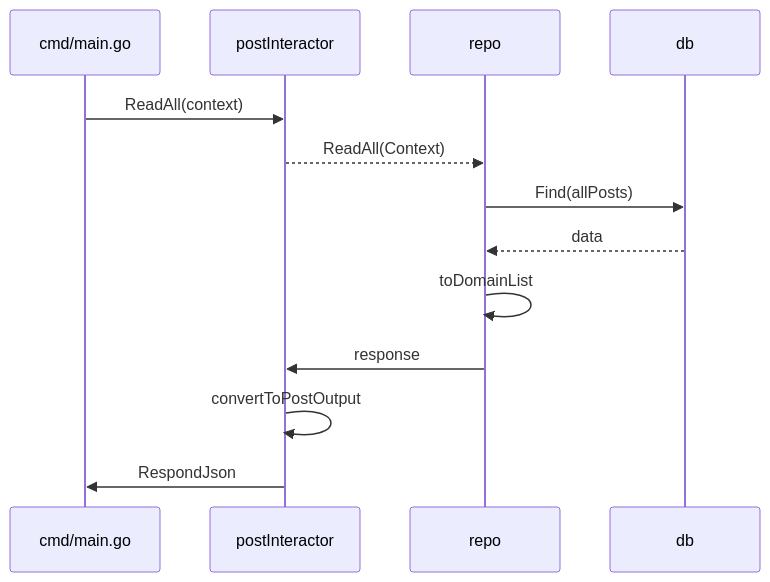
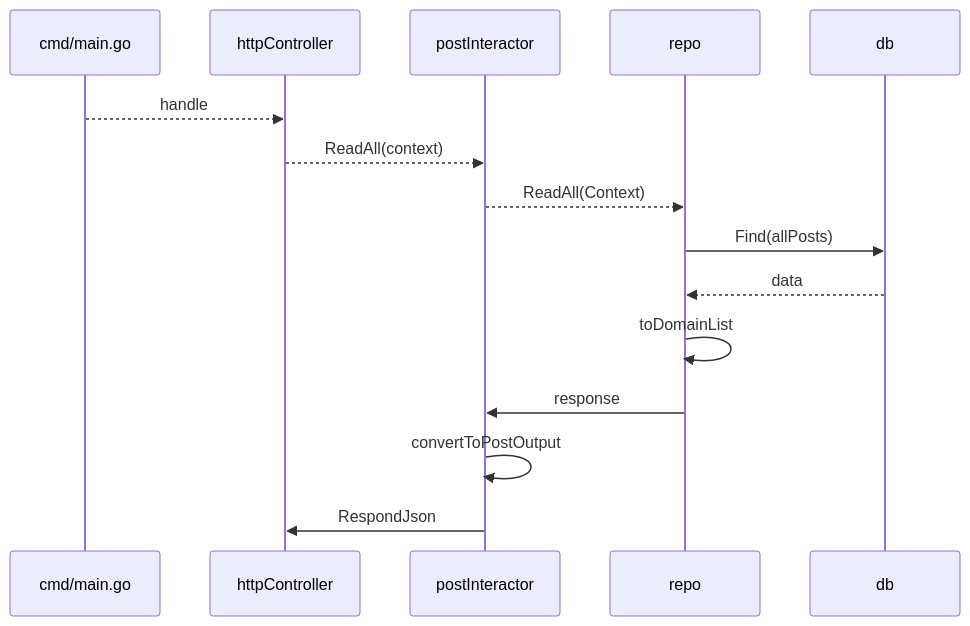
Before and after one commit to obriena/dockerDevTemplate: the second of 3 diagrams in Readme.md, drawn with Mermaid. The commit also changed other lines of this file and 6 other files, not shown here.

````diff
--- a/Readme.md
+++ b/Readme.md
@@ -102,11 +102,12 @@
 ```mermaid
 sequenceDiagram
-    cmd/main.go->>postInteractor: ReadAll(context)
+    cmd/main.go-->>httpController: handle
+    httpController-->>postInteractor: ReadAll(context)
     postInteractor-->>repo: ReadAll(Context)
     repo->>db: Find(allPosts)
     db-->>repo: data
     repo->>repo: toDomainList
     repo->>postInteractor: response
     postInteractor->>postInteractor: convertToPostOutput
-    postInteractor->>cmd/main.go: RespondJson
+    postInteractor->>httpController: RespondJson
 ```
````
